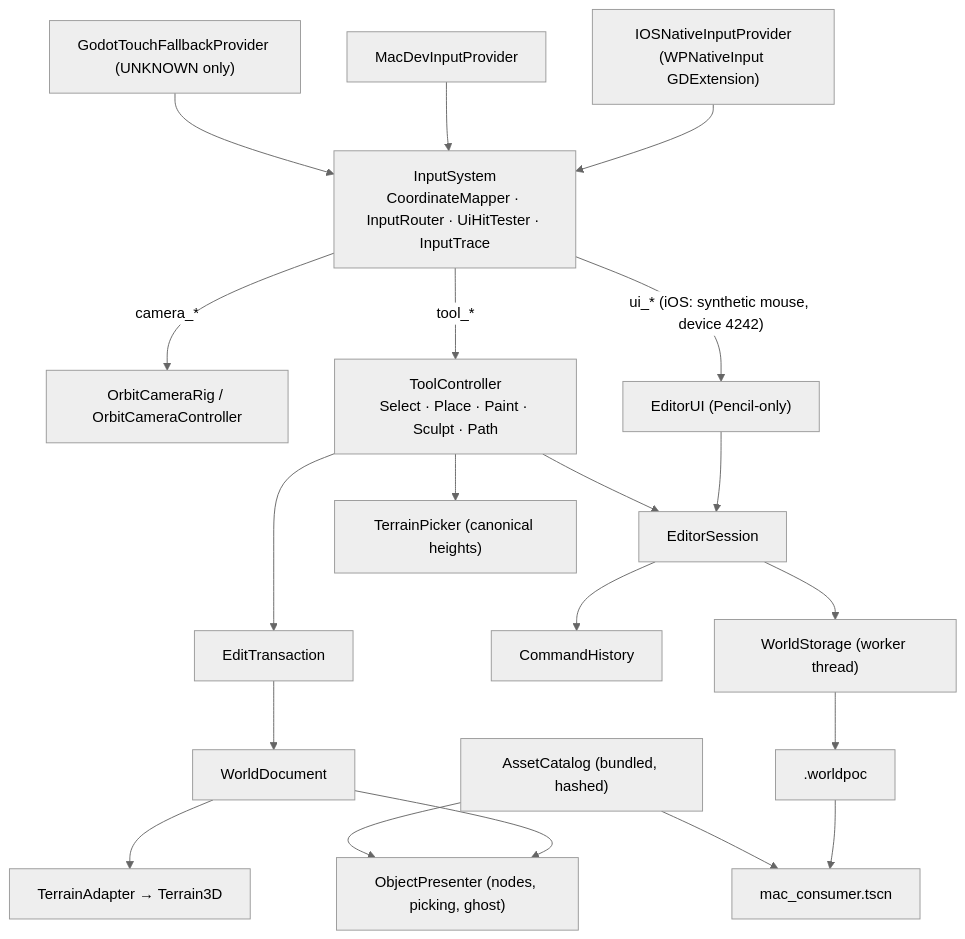
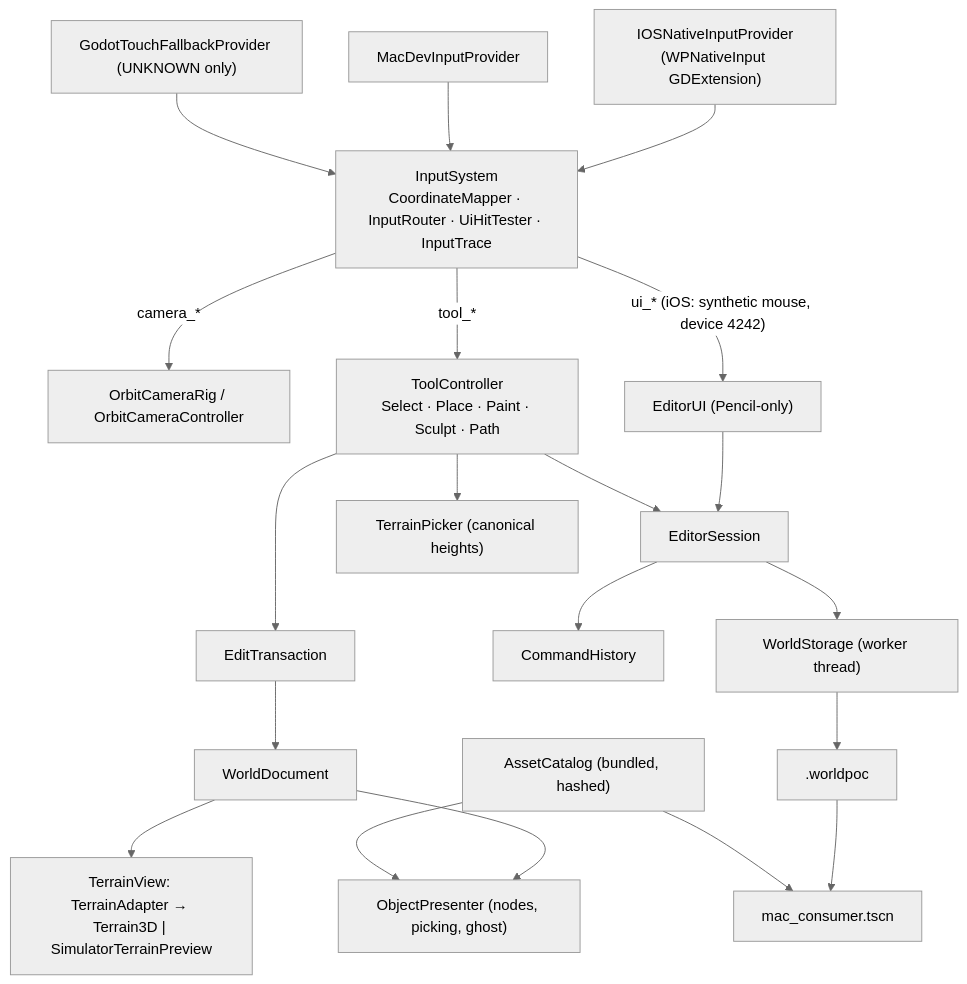
Before and after one commit to andrejvysny/godot-ipad: the diagram in docs/architecture.md, drawn with Mermaid (neutral theme). The commit also changed other lines of this file and 96 other files, not shown here.

````diff
--- a/docs/architecture.md
+++ b/docs/architecture.md
@@ -6,20 +6,20 @@
 ```mermaid
 flowchart TB
     N["IOSNativeInputProvider<br/>(WPNativeInput GDExtension)"] --> IS["InputSystem<br/>CoordinateMapper · InputRouter · UiHitTester · InputTrace"]
     D["MacDevInputProvider"] --> IS
     F["GodotTouchFallbackProvider (UNKNOWN only)"] --> IS
     IS -- camera_* --> CR["OrbitCameraRig / OrbitCameraController"]
     IS -- tool_* --> TC["ToolController<br/>Select · Place · Paint · Sculpt · Path"]
     IS -- ui_* (iOS: synthetic mouse, device 4242) --> UI["EditorUI (Pencil-only)"]
     UI --> ES["EditorSession"]
     TC --> TX["EditTransaction"] --> DOC["WorldDocument"]
     TC --> ES
     ES --> H["CommandHistory"]
     ES --> ST["WorldStorage (worker thread)"]
-    DOC --> TA["TerrainAdapter → Terrain3D"]
+    DOC --> TA["TerrainView: TerrainAdapter → Terrain3D | SimulatorTerrainPreview"]
     DOC --> OP["ObjectPresenter (nodes, picking, ghost)"]
     TC --> TP["TerrainPicker (canonical heights)"]
     ST --> PKG[".worldpoc"] --> MC["mac_consumer.tscn"]
     CAT["AssetCatalog (bundled, hashed)"] --> OP
     CAT --> MC
 ```
````
